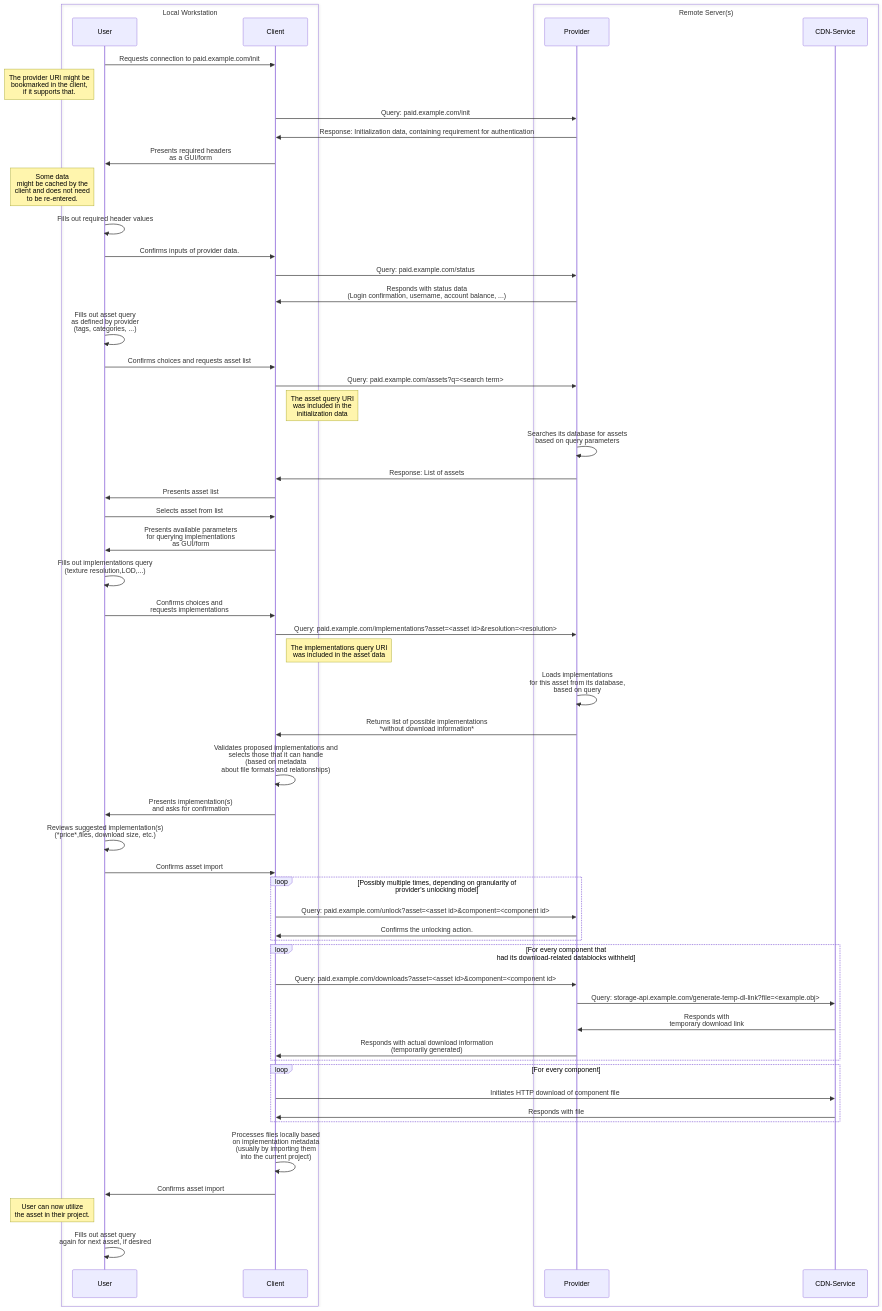
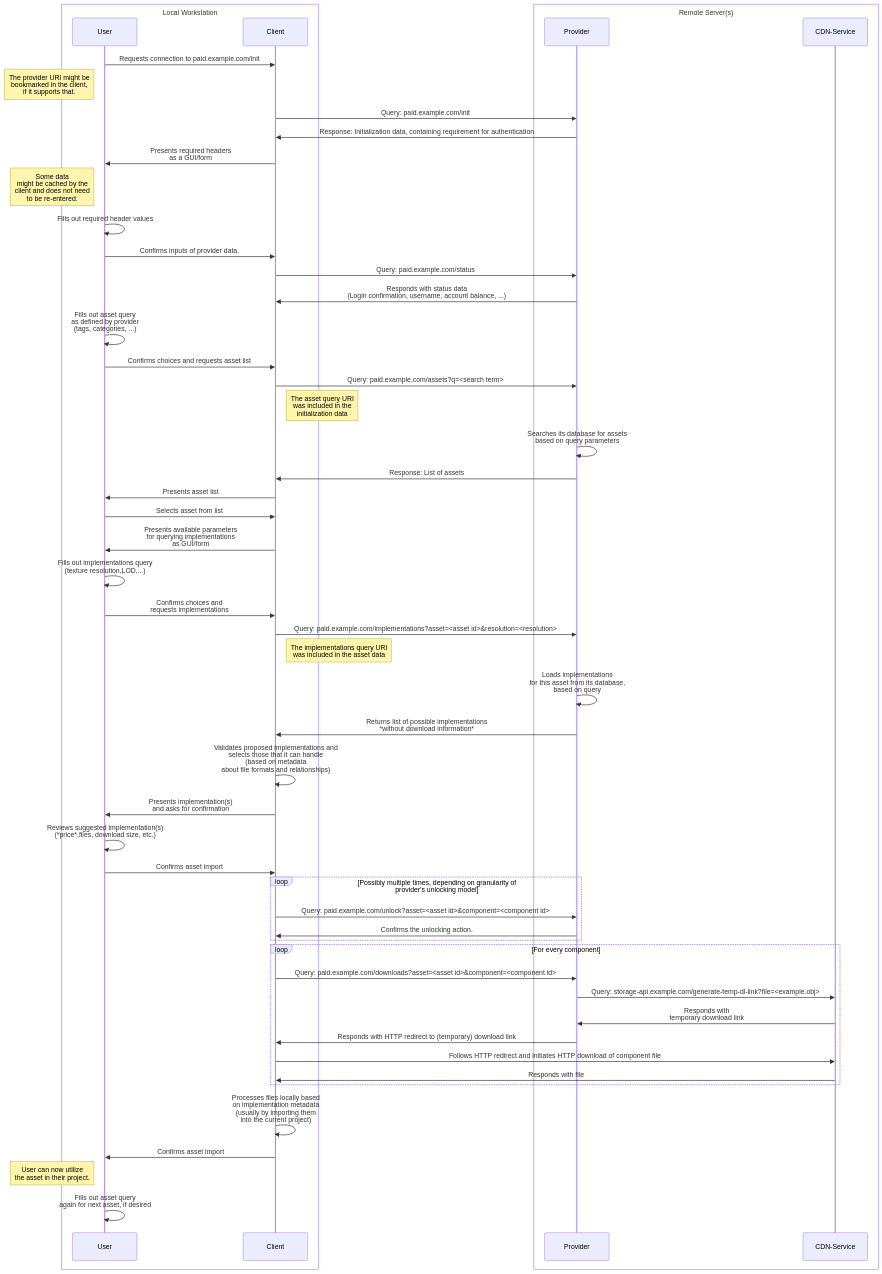
Before and after one commit to AssetFetch/spec: the second of 2 diagrams in spec.md, drawn with Mermaid. The commit also changed other lines of this file, not shown here.

Commit message:
Merge fetch_download and fetch_download_post_unlock

````diff
--- a/spec.md
+++ b/spec.md
@@ -344,67 +336,64 @@
 ```mermaid
 sequenceDiagram
 
 	box Local Workstation
 		participant User
 		participant Client
 	end
 	box Remote Server(s)
 		participant Provider
 		participant CDN-Service
 	end
 
     User->>Client: Requests connection to paid.example.com/init
 	note left of User: The provider URI might be<br>bookmarked in the client,<br>if it supports that.
     Client->>Provider: Query: paid.example.com/init
 	Provider->>Client: Response: Initialization data, containing requirement for authentication
 	Client->>User: Presents required headers<br>as a GUI/form
 	note left of User: Some data <br>might be cached by the<br> client and does not need<br>to be re-entered. 
 	User->>User: Fills out required header values
 	User->>Client: Confirms inputs of provider data.
 
 	Client->>Provider: Query: paid.example.com/status
 	Provider->>Client: Responds with status data<br>(Login confirmation, username, account balance, ...)
 
 	User->>User: Fills out asset query<br>as defined by provider<br>(tags, categories, ...)
 	User->>Client: Confirms choices and requests asset list
 	Client->>Provider: Query: paid.example.com/assets?q=<search term>
 	note right of Client: The asset query URI<br>was included in the<br>initialization data
 	Provider->>Provider: Searches its database for assets<br>based on query parameters
 	Provider->>Client: Response: List of assets
 	Client->>User: Presents asset list
 	User->>Client: Selects asset from list
 
 	Client->>User: Presents available parameters<br>for querying implementations<br>as GUI/form
 	User->>User: Fills out implementations query<br>(texture resolution,LOD,...)
 	User->>Client: Confirms choices and<br>requests implementations
 	Client->>Provider: Query: paid.example.com/implementations?asset=<asset id>&resolution=<resolution>
 	note right of Client: The implementations query URI<br>was included in the asset data
 	Provider->>Provider: Loads implementations<br>for this asset from its database,<br>based on query
 	Provider->>Client: Returns list of possible implementations<br>*without download information*
 	Client->>Client: Validates proposed implementations and<br>selects those that it can handle<br>(based on metadata<br> about file formats and relationships)
 	Client->>User: Presents implementation(s)<br>and asks for confirmation
 	User->>User: Reviews suggested implementation(s)<br>(*price*,files, download size, etc.)
 	User->>Client: Confirms asset import
 
 	loop Possibly multiple times, depending on granularity of <br>provider's unlocking model
 		Client->>Provider: Query: paid.example.com/unlock?asset=<asset id>&component=<component id>
 		Provider->>Client: Confirms the unlocking action.
 	end
 
-	loop For every component that <br>had its download-related datablocks withheld
+	loop For every component
 		Client->>Provider: Query: paid.example.com/downloads?asset=<asset id>&component=<component id>
 		Provider->> CDN-Service: Query: storage-api.example.com/generate-temp-dl-link?file=<example.obj>
 		CDN-Service->>Provider: Responds with<br>temporary download link
-		Provider->>Client: Responds with actual download information<br>(temporarily generated)
-	end
-
-	loop For every component
-		Client->>CDN-Service: Initiates HTTP download of component file
+		Provider->>Client: Responds with HTTP redirect to (temporary) download link
+		Client->>CDN-Service: Follows HTTP redirect and initiates HTTP download of component file
 		CDN-Service->>Client: Responds with file
 	end
 
 	Client->>Client: Processes files locally based<br>on implementation metadata<br>(usually by importing them<br>into the current project)
 	Client->>User: Confirms asset import
 	note left of User: User can now utilize<br>the asset in their project.
 	User->>User: Fills out asset query<br>again for next asset, if desired
 ```
````
